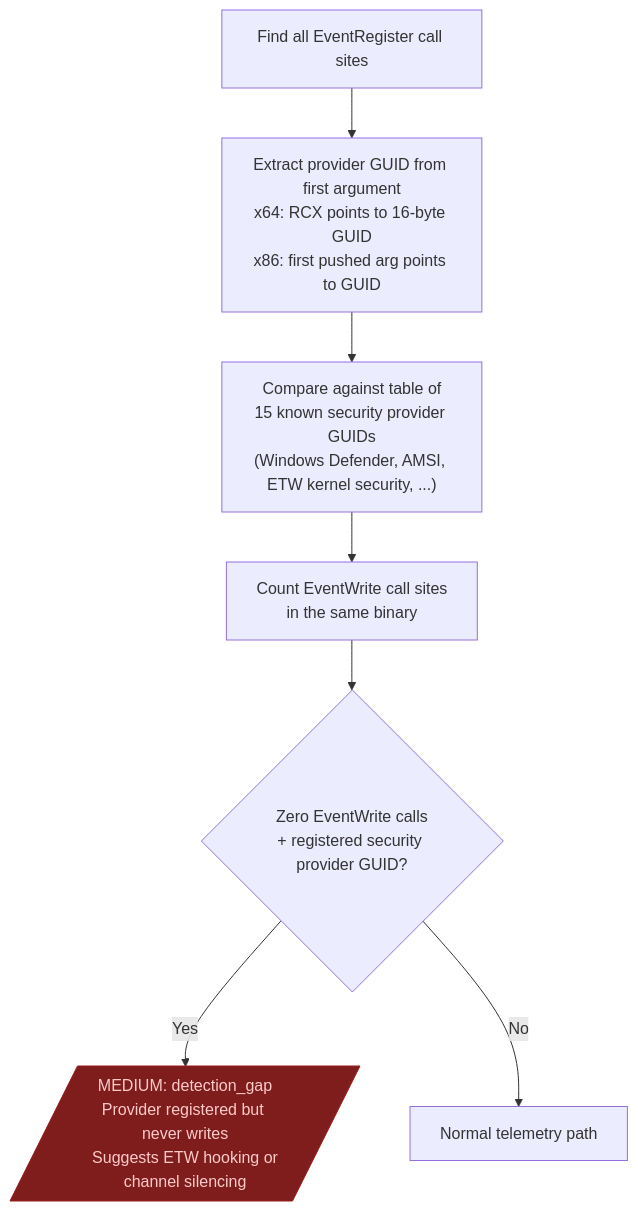
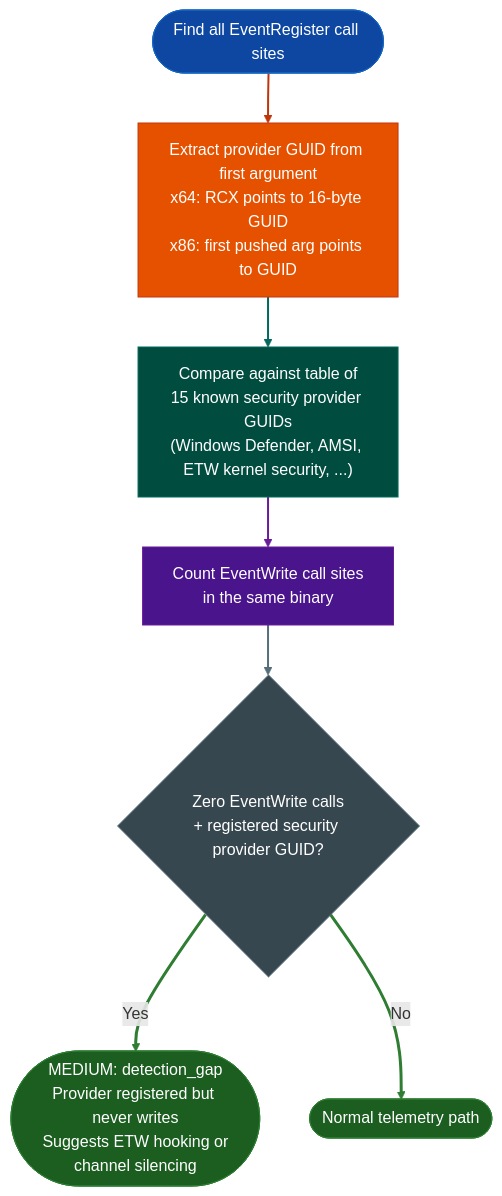
The second of 3 diagrams in docs/reference-modules/windows-pe.md (Ablation-Tool/ablation), drawn with Mermaid before and after one commit. The commit also changed other lines of this file and 320 other files, not shown here.

First line of the commit message:
docs: apply canonical Mermaid template to all 321 diagrams

````diff
--- a/docs/reference-modules/windows-pe.md
+++ b/docs/reference-modules/windows-pe.md
@@ -103,14 +120,24 @@
 ```mermaid
 flowchart TD
-    A["Find all EventRegister call sites"] --> B["Extract provider GUID from first argument\nx64: RCX points to 16-byte GUID\nx86: first pushed arg points to GUID"]
+    A(["Find all EventRegister call sites"]):::input --> B["Extract provider GUID from first argument\nx64: RCX points to 16-byte GUID\nx86: first pushed arg points to GUID"]:::primary
 
-    B --> C["Compare against table of\n15 known security provider GUIDs\n(Windows Defender, AMSI, ETW kernel security, ...)"]
+    B:::primary --> C["Compare against table of\n15 known security provider GUIDs\n(Windows Defender, AMSI, ETW kernel security, ...)"]:::secondary
 
-    C --> D["Count EventWrite call sites\nin the same binary"]
+    C:::secondary --> D["Count EventWrite call sites\nin the same binary"]:::tertiary
 
-    D --> E{"Zero EventWrite calls\n+ registered security provider GUID?"}
-    E -->|Yes| F[/"MEDIUM: detection_gap\nProvider registered but never writes\nSuggests ETW hooking or\nchannel silencing"/]
-    E -->|No| G["Normal telemetry path"]
-
-    style F fill:#7f1d1d,stroke:#991b1b,color:#fecaca
+    D:::tertiary --> E{"Zero EventWrite calls\n+ registered security provider GUID?"}:::neutral
+    E:::neutral -->|Yes| F(["MEDIUM: detection_gap\nProvider registered but never writes\nSuggests ETW hooking or\nchannel silencing"]):::output
+    E:::neutral -->|No| G(["Normal telemetry path"]):::output
+    classDef input     fill:#0d47a1,stroke:#1565c0,color:#fff
+    classDef primary   fill:#e65100,stroke:#bf360c,color:#fff
+    classDef secondary fill:#004d40,stroke:#00695c,color:#fff
+    classDef tertiary  fill:#4a148c,stroke:#6a1b9a,color:#fff
+    classDef neutral   fill:#37474f,stroke:#546e7a,color:#fff
+    classDef output    fill:#1b5e20,stroke:#2e7d32,color:#fff
+    linkStyle 0 stroke:#bf360c,stroke-width:2px
+    linkStyle 1 stroke:#00695c,stroke-width:2px
+    linkStyle 2 stroke:#6a1b9a,stroke-width:2px
+    linkStyle 3 stroke:#546e7a,stroke-width:2px
+    linkStyle 4 stroke:#2e7d32,stroke-width:3px
+    linkStyle 5 stroke:#2e7d32,stroke-width:3px
 ```
````
